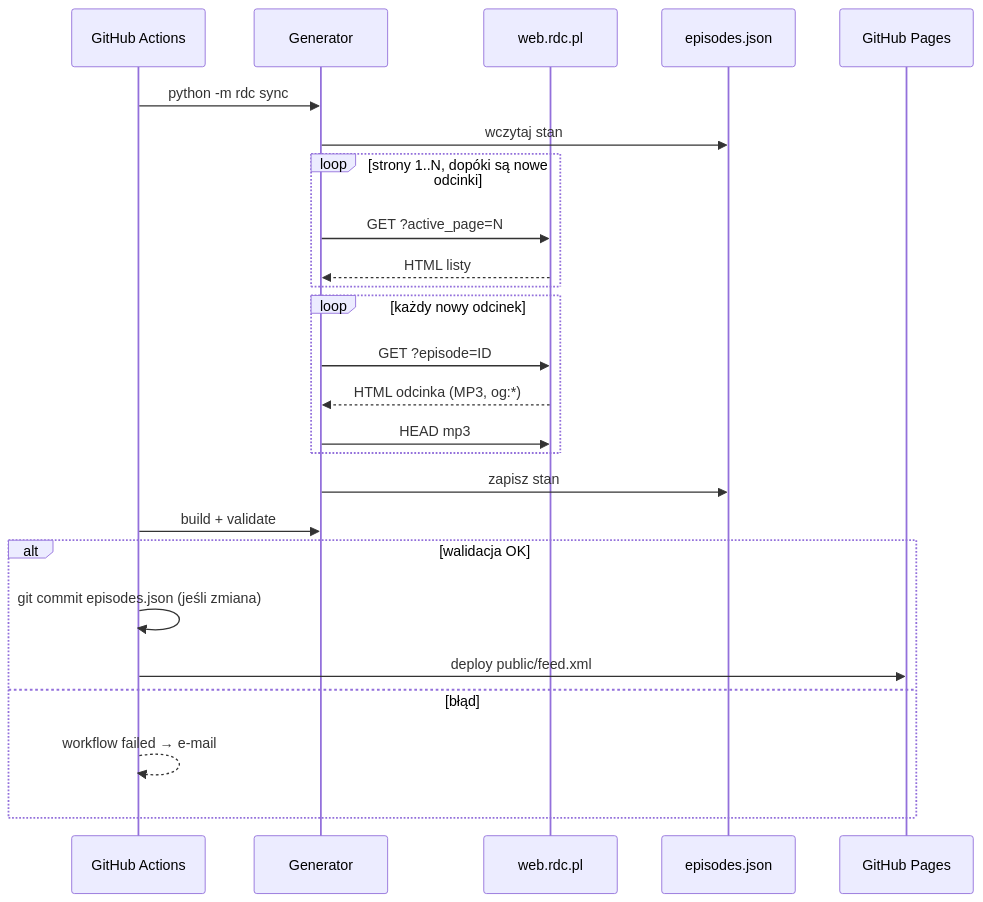
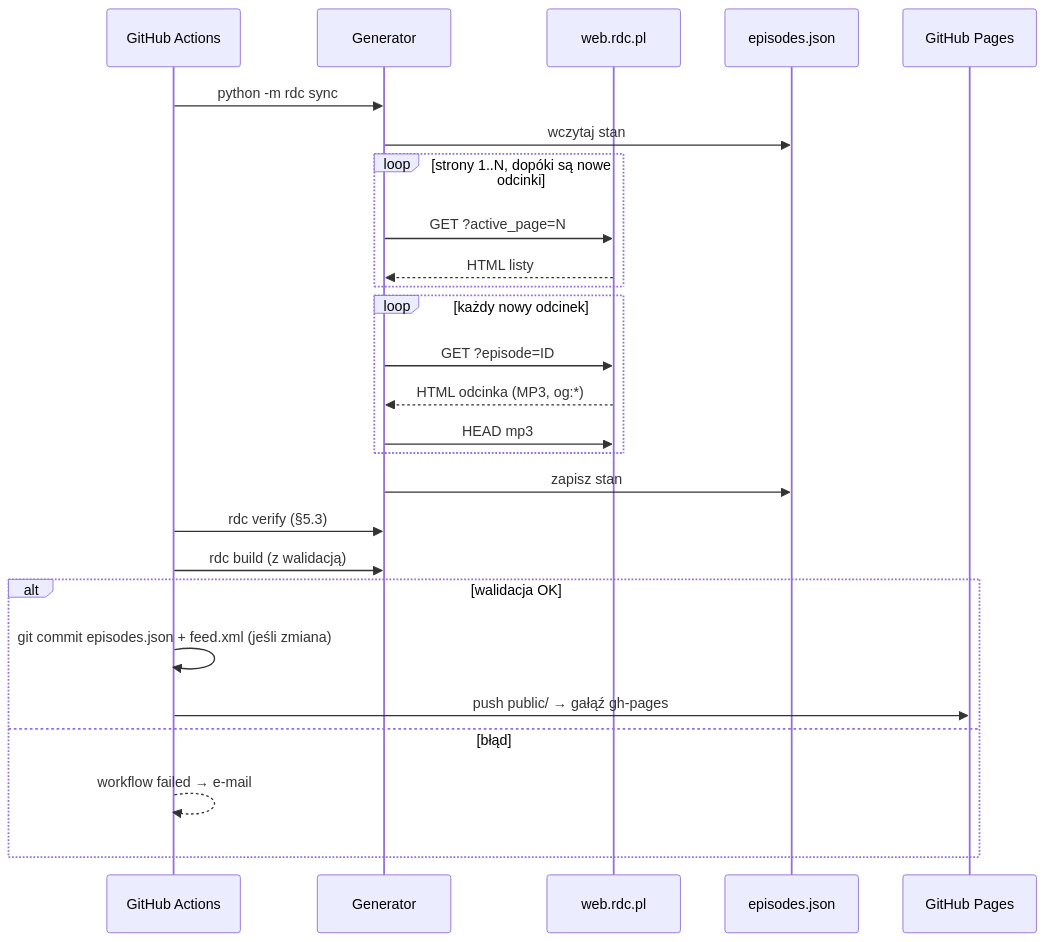
Before and after one commit to sulmar/rdc-z-innej-planety-rss: the second of 2 diagrams in docs/architecture.md, drawn with Mermaid. The commit also changed other lines of this file and 9 other files, not shown here.

````diff
--- a/docs/architecture.md
+++ b/docs/architecture.md
@@ -126,28 +126,29 @@
 ```mermaid
 sequenceDiagram
     participant A as GitHub Actions
     participant G as Generator
     participant R as web.rdc.pl
     participant S as episodes.json
     participant P as GitHub Pages
 
     A->>G: python -m rdc sync
     G->>S: wczytaj stan
     loop strony 1..N, dopóki są nowe odcinki
         G->>R: GET ?active_page=N
         R-->>G: HTML listy
     end
     loop każdy nowy odcinek
         G->>R: GET ?episode=ID
         R-->>G: HTML odcinka (MP3, og:*)
         G->>R: HEAD mp3
     end
     G->>S: zapisz stan
-    A->>G: build + validate
+    A->>G: rdc verify (§5.3)
+    A->>G: rdc build (z walidacją)
     alt walidacja OK
-        A->>A: git commit episodes.json (jeśli zmiana)
-        A->>P: deploy public/feed.xml
+        A->>A: git commit episodes.json + feed.xml (jeśli zmiana)
+        A->>P: push public/ → gałąź gh-pages
     else błąd
         A-->>A: workflow failed → e-mail
     end
 ```
````
